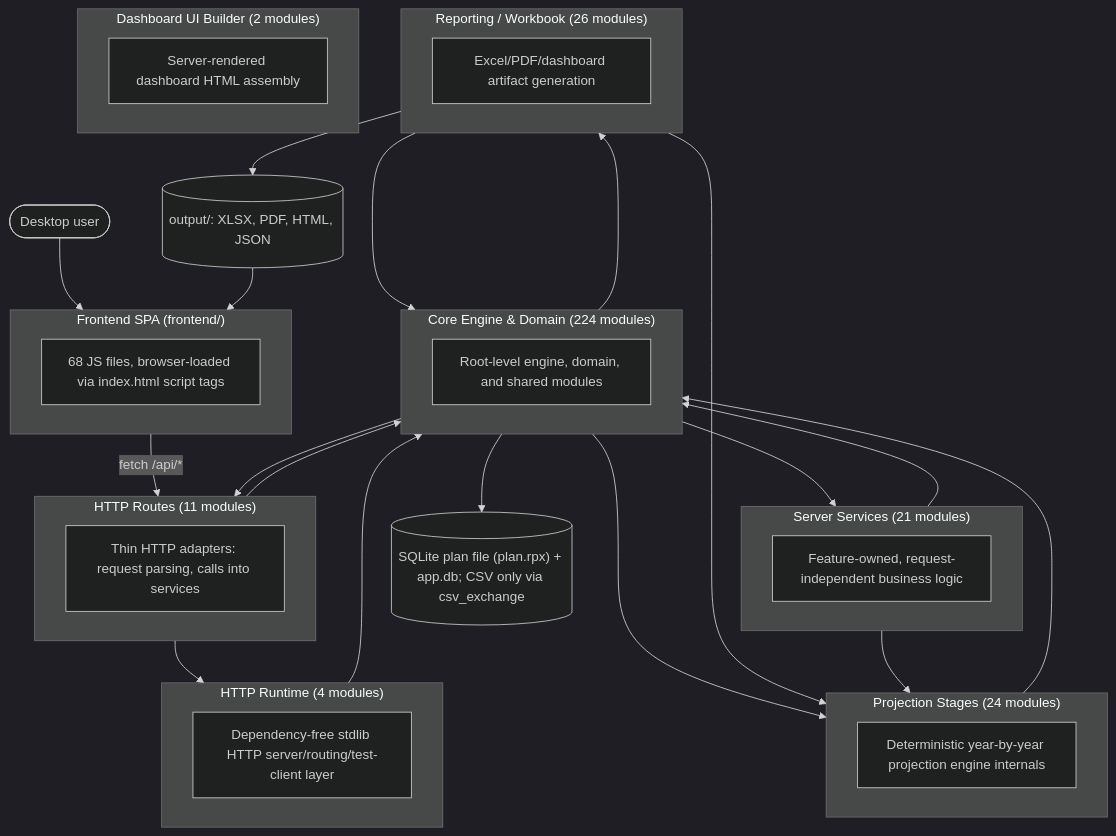
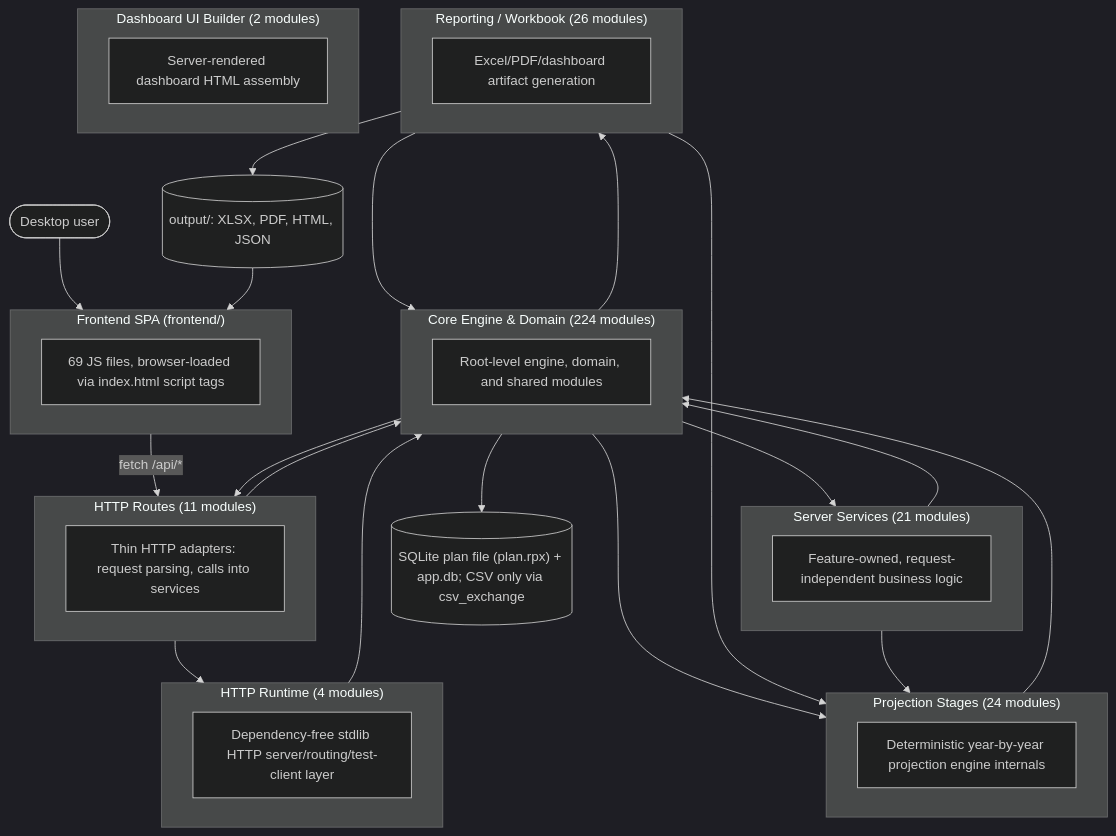
The first of 2 diagrams in documentation/reference/SYSTEM_ARCHITECTURE_DIAGRAM.md (matthartzman/retirement_system), drawn with Mermaid (dark theme) before and after one commit. The commit also changed other lines of this file and 34 other files, not shown here.

````diff
--- a/documentation/reference/SYSTEM_ARCHITECTURE_DIAGRAM.md
+++ b/documentation/reference/SYSTEM_ARCHITECTURE_DIAGRAM.md
@@ -11,44 +11,44 @@
 ```mermaid
 flowchart TB
     User(["Desktop user"]) --> FE
     subgraph FE["Frontend SPA (frontend/)"]
-        FEcount["68 JS files, browser-loaded via index.html script tags"]
+        FEcount["69 JS files, browser-loaded via index.html script tags"]
     end
     FE -->|fetch /api/*| L_HTTP_Routes
     subgraph L_HTTP_Routes["HTTP Routes (11 modules)"]
         L_HTTP_Routes_d["Thin HTTP adapters: request parsing, calls into services"]
     end
     subgraph L_Server_Services["Server Services (21 modules)"]
         L_Server_Services_d["Feature-owned, request-independent business logic"]
     end
     subgraph L_HTTP_Runtime["HTTP Runtime (4 modules)"]
         L_HTTP_Runtime_d["Dependency-free stdlib HTTP server/routing/test-client layer"]
     end
     subgraph L_Core_Engine___Domain["Core Engine & Domain (224 modules)"]
         L_Core_Engine___Domain_d["Root-level engine, domain, and shared modules"]
     end
     subgraph L_Projection_Stages["Projection Stages (24 modules)"]
         L_Projection_Stages_d["Deterministic year-by-year projection engine internals"]
     end
     subgraph L_Reporting___Workbook["Reporting / Workbook (26 modules)"]
         L_Reporting___Workbook_d["Excel/PDF/dashboard artifact generation"]
     end
     subgraph L_Dashboard_UI_Builder["Dashboard UI Builder (2 modules)"]
         L_Dashboard_UI_Builder_d["Server-rendered dashboard HTML assembly"]
     end
     L_Core_Engine___Domain --> L_HTTP_Routes
     L_Core_Engine___Domain --> L_Projection_Stages
     L_Core_Engine___Domain --> L_Reporting___Workbook
     L_Core_Engine___Domain --> L_Server_Services
     L_HTTP_Routes --> L_Core_Engine___Domain
     L_HTTP_Routes --> L_HTTP_Runtime
     L_HTTP_Runtime --> L_Core_Engine___Domain
     L_Projection_Stages --> L_Core_Engine___Domain
     L_Reporting___Workbook --> L_Core_Engine___Domain
     L_Reporting___Workbook --> L_Projection_Stages
     L_Server_Services --> L_Core_Engine___Domain
     L_Server_Services --> L_Projection_Stages
     L_Core_Engine___Domain --> DB[("SQLite plan file (plan.rpx) + app.db; CSV only via csv_exchange")]
     L_Reporting___Workbook --> Outputs[("output/: XLSX, PDF, HTML, JSON")]
     Outputs --> FE
 ```
````
